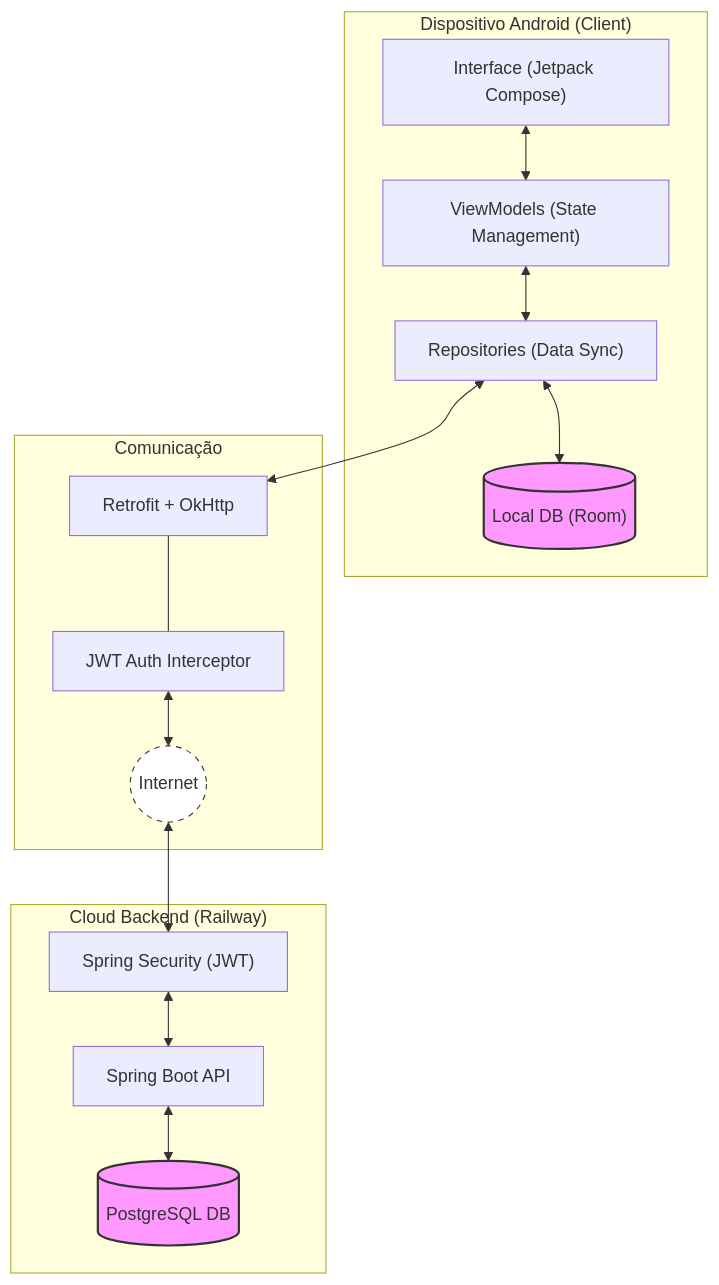
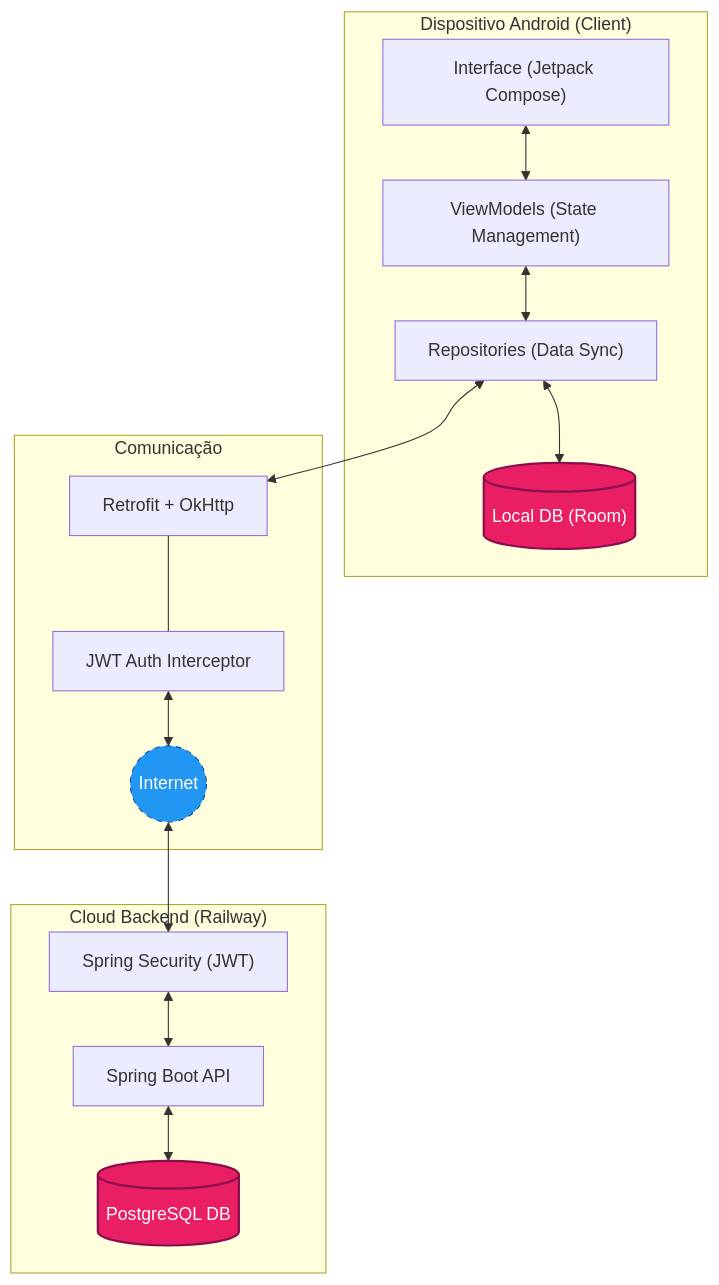
One commit to Guilherme-xDEV/projeto-pdm-app-artesao changed the first of 10 diagrams in docs/mermaid_diagrams.md. Above: the diagram before and after it, drawn with Mermaid. The commit also changed other lines of this file and 1 other file, not shown here.

Commit message:
refactor: diagrams refactor

````diff
--- a/docs/mermaid_diagrams.md
+++ b/docs/mermaid_diagrams.md
@@ -11,37 +11,37 @@
 ```mermaid
 graph TD
     subgraph Client_Side ["Dispositivo Android (Client)"]
         UI["Interface (Jetpack Compose)"]
         VM["ViewModels (State Management)"]
         Repo["Repositories (Data Sync)"]
         Room[("Local DB (Room)")]
         
         UI <--> VM
         VM <--> Repo
         Repo <--> Room
     end
 
     subgraph Network ["Comunicação"]
         Retrofit["Retrofit + OkHttp"]
         JWT["JWT Auth Interceptor"]
         Internet((Internet))
         
         Repo <--> Retrofit
         Retrofit --- JWT
         JWT <--> Internet
     end
 
     subgraph Server_Side ["Cloud Backend (Railway)"]
         Spring["Spring Boot API"]
         Security["Spring Security (JWT)"]
         Postgres[("PostgreSQL DB")]
         
         Internet <--> Security
         Security <--> Spring
         Spring <--> Postgres
     end
 
-    style Room fill:#f9f,stroke:#333,stroke-width:2px
-    style Postgres fill:#f9f,stroke:#333,stroke-width:2px
-    style Internet fill:#fff,stroke:#333,stroke-dasharray: 5 5
+    style Room fill:#e91e63,stroke:#880e4f,stroke-width:2px,color:#fff
+    style Postgres fill:#e91e63,stroke:#880e4f,stroke-width:2px,color:#fff
+    style Internet fill:#2196f3,stroke:#0d47a1,stroke-dasharray: 5 5,color:#fff
 ```
````
